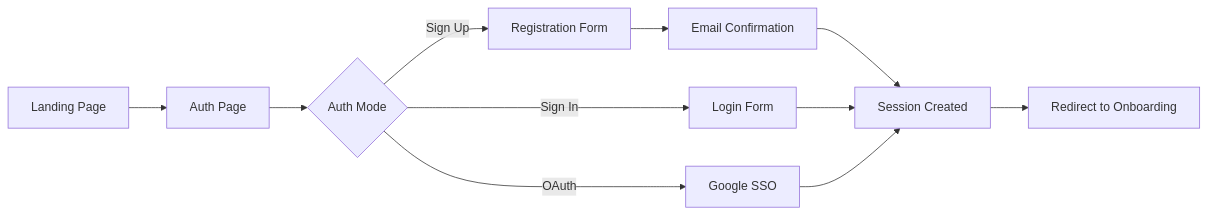
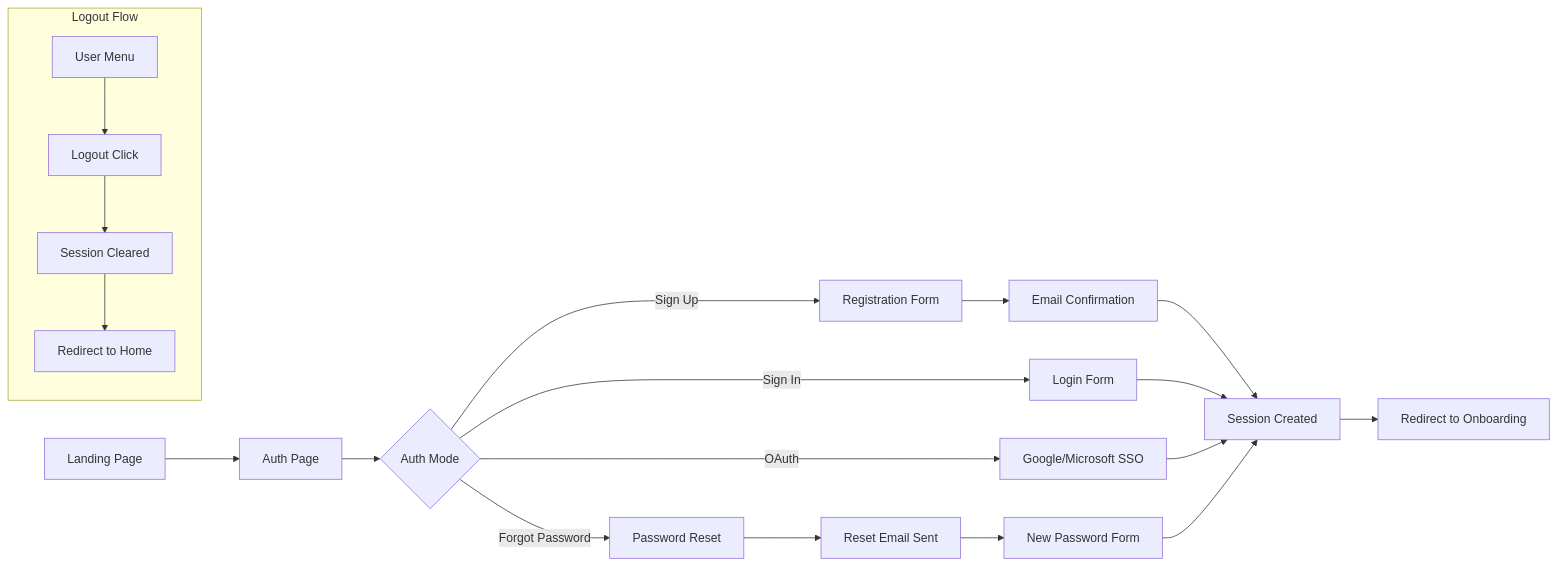
The diagram in docs/validation/VALIDATION_PLAN_PHASE1_REGISTRATION.md (Qahtani1979/innovate-saudi), drawn with Mermaid before and after one commit. The commit also changed other lines of this file, not shown here.

````diff
--- a/docs/validation/VALIDATION_PLAN_PHASE1_REGISTRATION.md
+++ b/docs/validation/VALIDATION_PLAN_PHASE1_REGISTRATION.md
@@ -10,13 +10,23 @@
 ```mermaid
 flowchart LR
     A[Landing Page] --> B[Auth Page]
     B --> C{Auth Mode}
     C -->|Sign Up| D[Registration Form]
     C -->|Sign In| E[Login Form]
-    C -->|OAuth| F[Google SSO]
+    C -->|OAuth| F[Google/Microsoft SSO]
+    C -->|Forgot Password| P[Password Reset]
     D --> G[Email Confirmation]
     G --> H[Session Created]
     E --> H
     F --> H
+    P --> Q[Reset Email Sent]
+    Q --> R[New Password Form]
+    R --> H
     H --> I[Redirect to Onboarding]
+    
+    subgraph Logout Flow
+        J[User Menu] --> K[Logout Click]
+        K --> L[Session Cleared]
+        L --> M[Redirect to Home]
+    end
 ```
````
